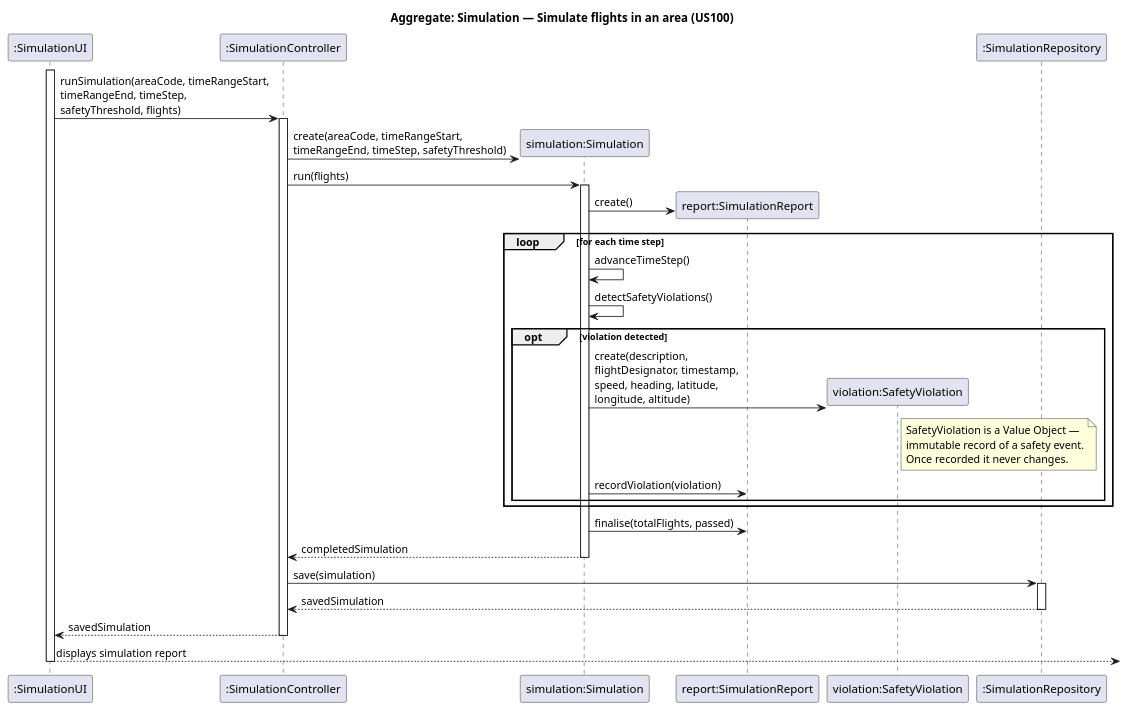
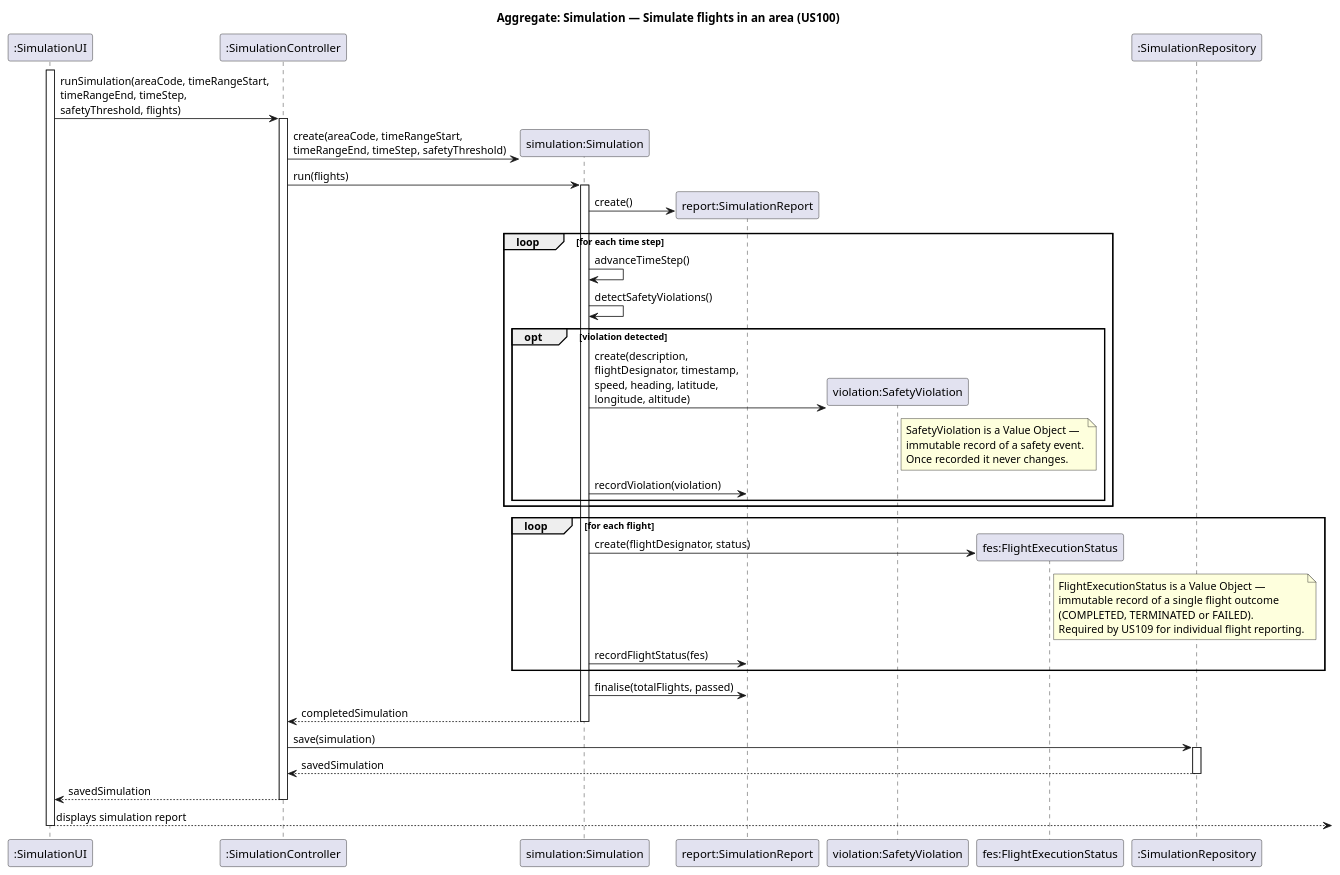
The diagram in aisafe.base/docs/user-stories/US011/aggregate-3_10/aggregate-3_10.puml (brunodspinto/aisafe), drawn with PlantUML before and after one commit. The commit also changed 7 other files, not shown here.

Commit message:
Update sequence diagrams and documentation for FlightRoute and AirTransportCompany aggregates; rename IATA code references and introduce FlightExecutionStatus value object, #8

```diff
--- a/aisafe.base/docs/user-stories/US011/aggregate-3_10/aggregate-3_10.puml
+++ b/aisafe.base/docs/user-stories/US011/aggregate-3_10/aggregate-3_10.puml
@@ -1,51 +1,63 @@
 @startuml aggregate-3_10
 skinparam shadowing false
 
 title Aggregate: Simulation — Simulate flights in an area (US100)
 
 participant ":SimulationUI" as UI
 participant ":SimulationController" as CTRL
 participant "simulation:Simulation" as SIM
 participant "report:SimulationReport" as REPORT
 participant "violation:SafetyViolation" as VIOLATION
+participant "fes:FlightExecutionStatus" as FES
 participant ":SimulationRepository" as REPO
 
 activate UI
 UI -> CTRL : runSimulation(areaCode, timeRangeStart,\ntimeRangeEnd, timeStep,\nsafetyThreshold, flights)
 activate CTRL
 
 CTRL -> SIM** : create(areaCode, timeRangeStart,\ntimeRangeEnd, timeStep, safetyThreshold)
 
 CTRL -> SIM : run(flights)
 activate SIM
 SIM -> REPORT** : create()
 
 loop for each time step
     SIM -> SIM : advanceTimeStep()
     SIM -> SIM : detectSafetyViolations()
     opt violation detected
         SIM -> VIOLATION** : create(description,\nflightDesignator, timestamp,\nspeed, heading, latitude,\nlongitude, altitude)
         note right of VIOLATION
           SafetyViolation is a Value Object —
           immutable record of a safety event.
           Once recorded it never changes.
         end note
         SIM -> REPORT : recordViolation(violation)
     end
 end
 
+loop for each flight
+    SIM -> FES** : create(flightDesignator, status)
+    note right of FES
+      FlightExecutionStatus is a Value Object —
+      immutable record of a single flight outcome
+      (COMPLETED, TERMINATED or FAILED).
+      Required by US109 for individual flight reporting.
+    end note
+    SIM -> REPORT : recordFlightStatus(fes)
+end
+
 SIM -> REPORT : finalise(totalFlights, passed)
 SIM --> CTRL : completedSimulation
 deactivate SIM
 
 CTRL -> REPO : save(simulation)
 activate REPO
 REPO --> CTRL : savedSimulation
 deactivate REPO
 
 CTRL --> UI : savedSimulation
 deactivate CTRL
 UI --> : displays simulation report
 deactivate UI
 
 @enduml
```
